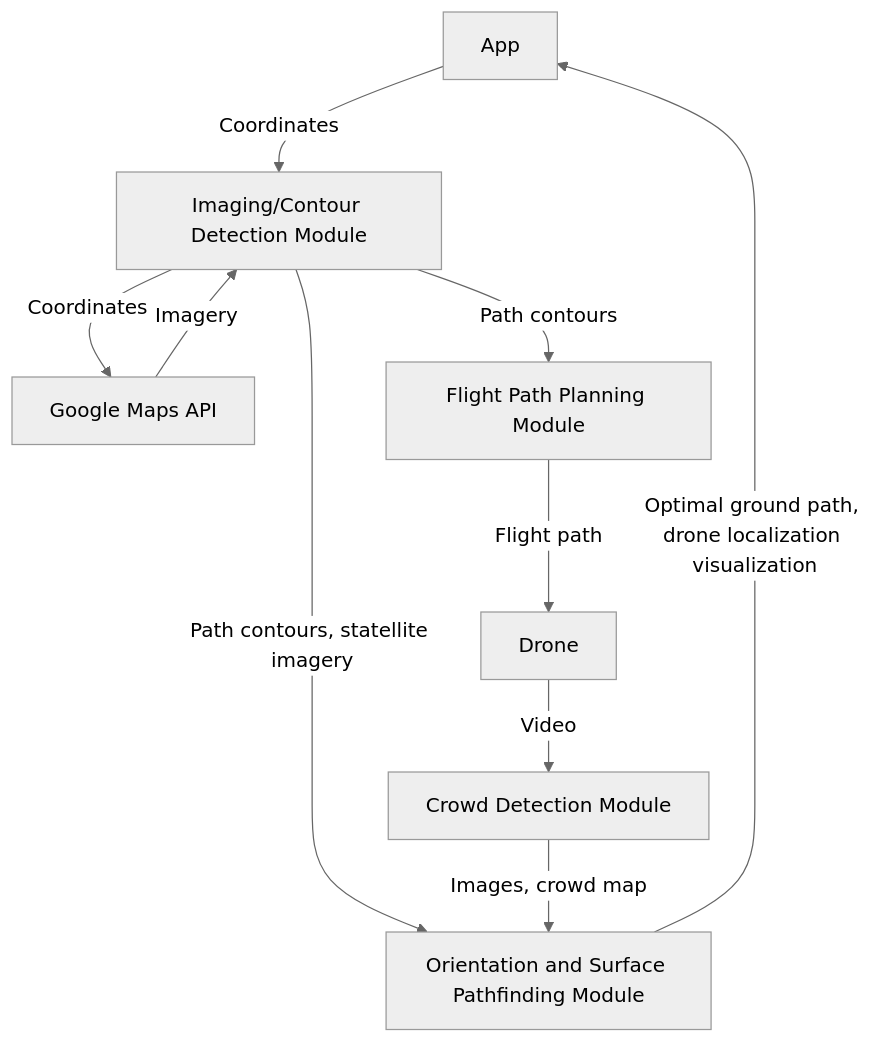
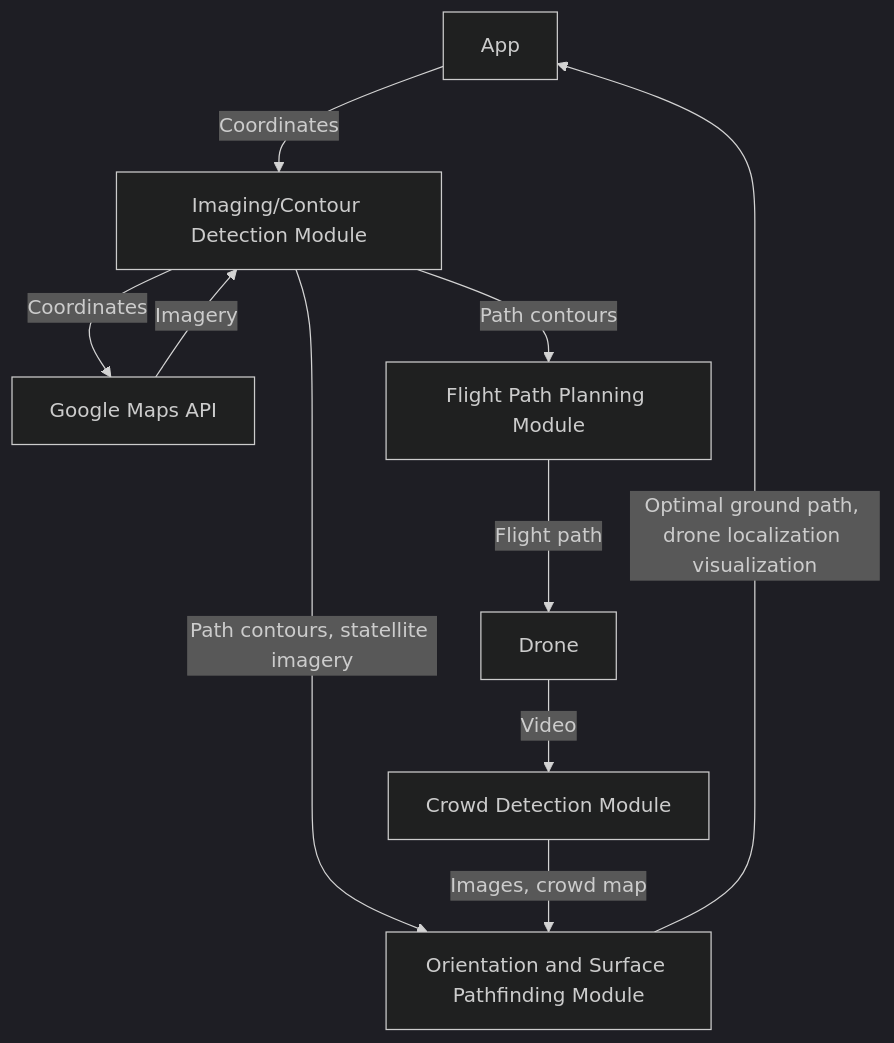
Before and after one commit to maximuskiii/TartanHacks2024: the diagram in README.md, drawn with Mermaid.

Commit message:
testing themes

````diff
--- a/README.md
+++ b/README.md
@@ -3,13 +3,13 @@
 ```mermaid
-%%{init: {'theme':'neutral'}}%%
+%%{init: {'theme':'dark'}}%%
 flowchart TB
     A[App] -->|Coordinates| B[Imaging/Contour Detection Module];
     B -->|Coordinates| C[Google Maps API];
     C -->|Imagery| B
     B -->|Path contours| D[Flight Path Planning Module]
     B -->|Path contours, statellite imagery| E[Orientation and Surface Pathfinding Module]
     D -->|Flight path| F[Drone]
     F -->|Video| G[Crowd Detection Module]
     G -->|Images, crowd map| E
     E -->|Optimal ground path, drone localization visualization| A
 ```
````
